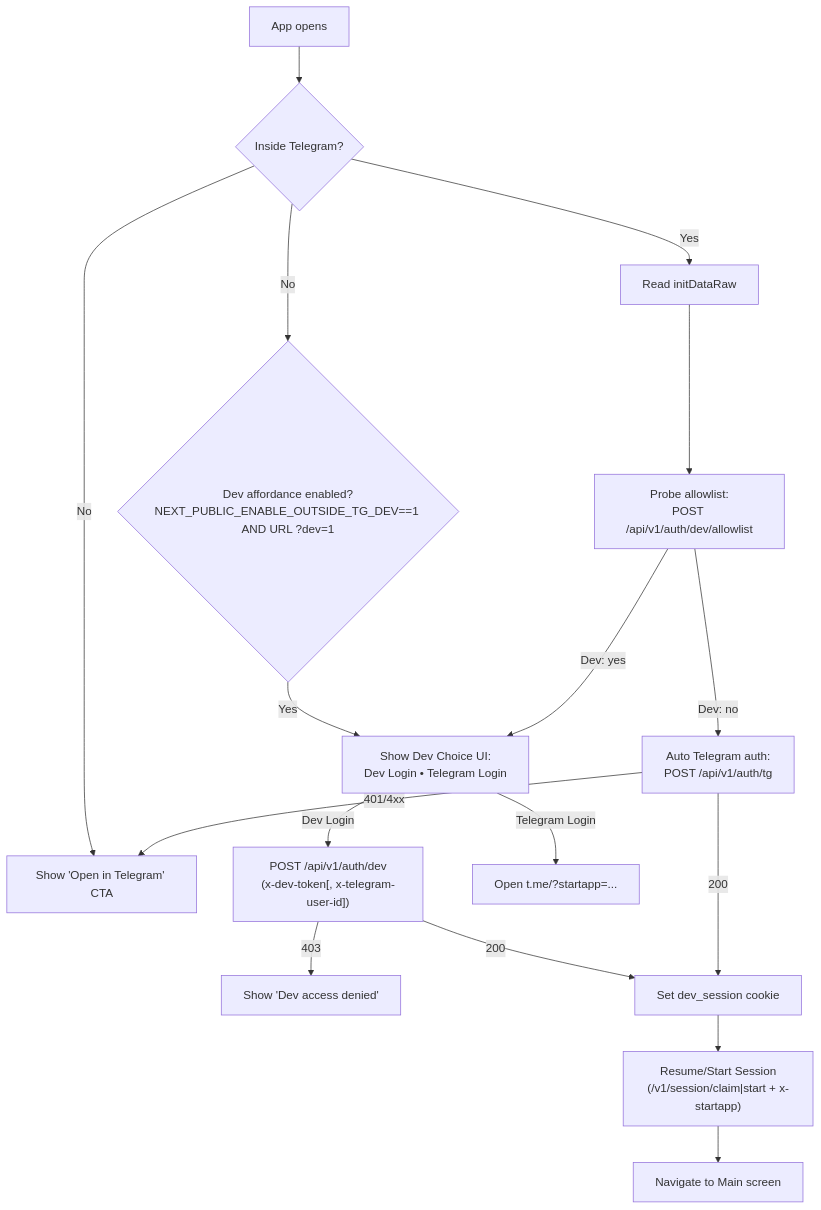
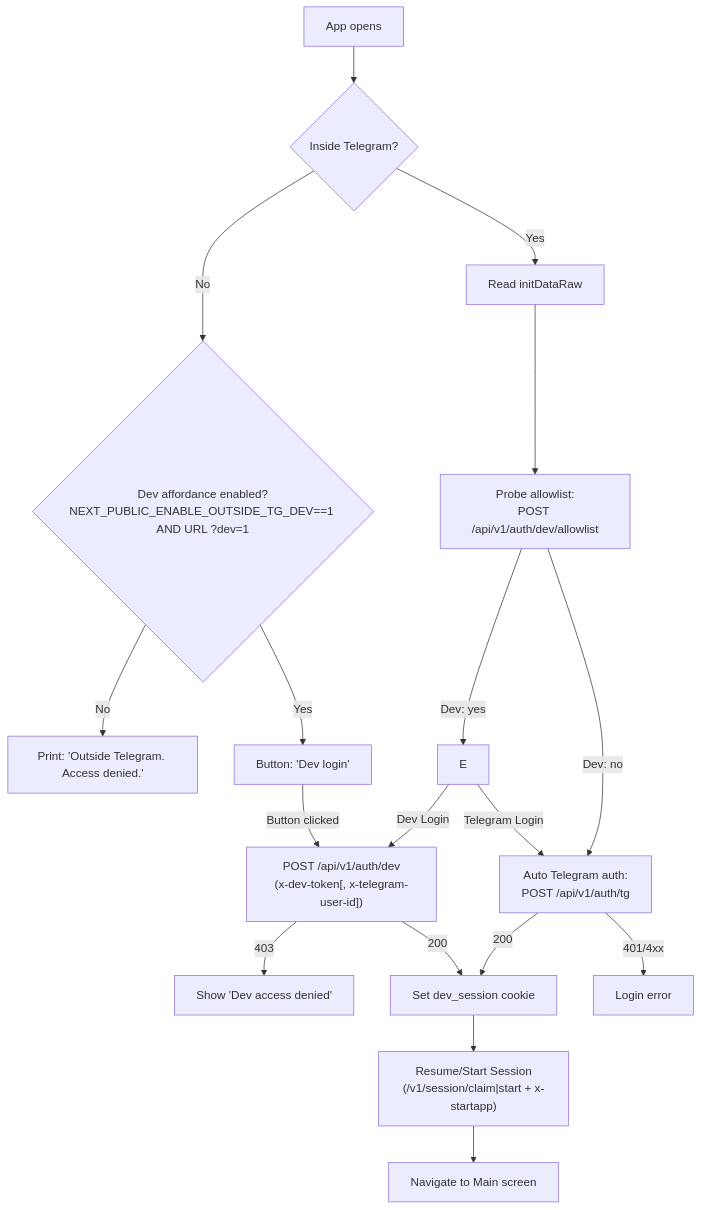
One commit to nsvgsh/sandbox changed the diagram in docs/telegram-integration.md. Above: the diagram before and after it, drawn with Mermaid. The commit also changed 5 other files, not shown here.

Commit message:
feat: align client login flow with design specifications; enhance error handling for outside Telegram access and improve documentation for Telegram integration

````diff
--- a/docs/telegram-integration.md
+++ b/docs/telegram-integration.md
@@ -26,25 +26,26 @@
 ```mermaid
 flowchart TD
   A[App opens] --> B{Inside Telegram?}
   
   %% Outside Telegram
-  B -- No --> O["Show 'Open in Telegram' CTA"]
   B -- No --> P{Dev affordance enabled?\nNEXT_PUBLIC_ENABLE_OUTSIDE_TG_DEV==1 AND URL ?dev=1}
-  P -- Yes --> E[Show Dev Choice UI:\nDev Login • Telegram Login]
+  P -- No --> O["Print: 'Outside Telegram. Access denied.'"]
+  P -- Yes --> L["Button: 'Dev login'"]
+  L -- Button clicked --> F
   E -- Dev Login --> F["POST /api/v1/auth/dev\n(x-dev-token[, x-telegram-user-id])"]
   F -- 403 --> J["Show 'Dev access denied'"]
   F -- 200 --> G[Set dev_session cookie]
-  E -- Telegram Login --> L[Open t.me/<bot>?startapp=...]
+  E -- Telegram Login --> N
 
   %% Inside Telegram
   B -- Yes --> C[Read initDataRaw]
   C --> AA[Probe allowlist:\nPOST /api/v1/auth/dev/allowlist]
   AA -- Dev: yes --> E
   AA -- Dev: no --> N[Auto Telegram auth:\nPOST /api/v1/auth/tg]
 
   %% Common path to session
   N -- 200 --> G
-  N -- 401/4xx --> O
+  N -- 401/4xx --> X["Login error"]
   G --> H["Resume/Start Session\n(/v1/session/claim|start + x-startapp)"]
   H --> I[Navigate to Main screen]
 ```
````
